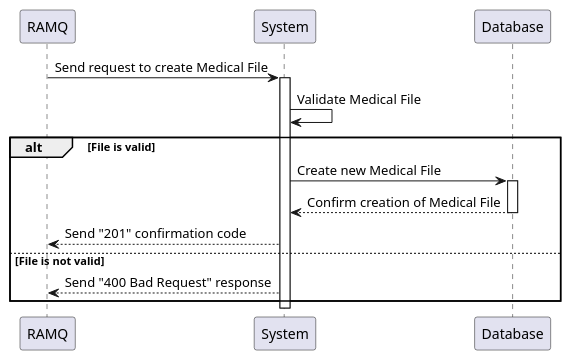
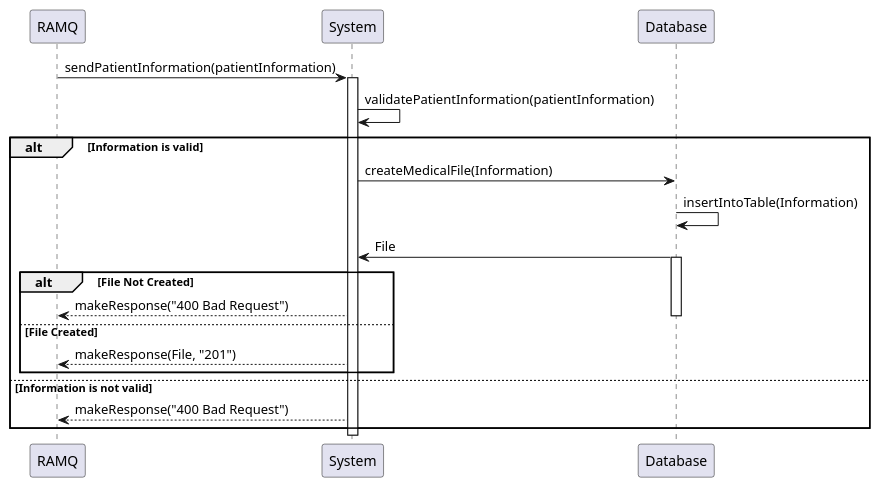
Before and after one commit to KevenJAntenor/Quebec-Centralized-Medical-Record-System: the diagram in plantUml/sequence-create.puml, drawn with PlantUML. The commit also changed 6 other files, not shown here.

Commit message:
diagram: multiple changes to sequence diagrams

```diff
--- a/plantUml/sequence-create.puml
+++ b/plantUml/sequence-create.puml
@@ -1,21 +1,26 @@
-@startuml createMedicalFile
+@startuml 
 
 participant "RAMQ" as RAMQ
 participant "System" as System
 participant "Database" as Database
 
-RAMQ -> System: Send request to create Medical File
+RAMQ -> System: sendPatientInformation(patientInformation)
 activate System
-System -> System: Validate Medical File
-alt File is valid
-    System -> Database: Create new Medical File
+System -> System: validatePatientInformation(patientInformation)
+alt Information is valid
+    System -> Database: createMedicalFile(Information)
+    Database -> Database: insertIntoTable(Information)
+    Database -> System: File
     activate Database
-    Database --> System: Confirm creation of Medical File
+    alt File Not Created
+        System --> RAMQ: makeResponse("400 Bad Request")
     deactivate Database
-    System --> RAMQ: Send "201" confirmation code
-else File is not valid
-    System --> RAMQ: Send "400 Bad Request" response
+    else File Created
+        System --> RAMQ: makeResponse(File, "201")
+    end
+else Information is not valid
+    System --> RAMQ: makeResponse("400 Bad Request")
 end
 deactivate System
 
 @enduml
```
